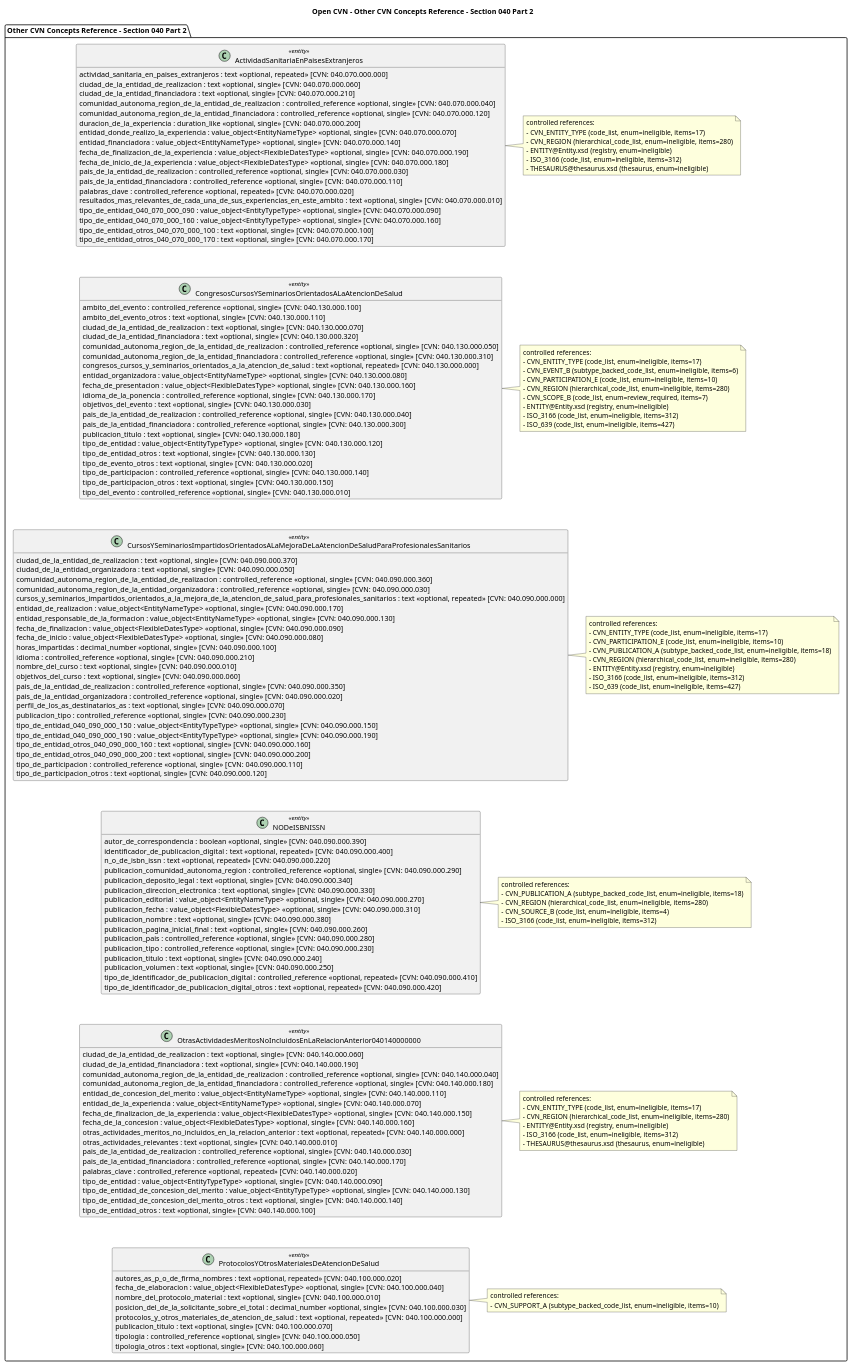
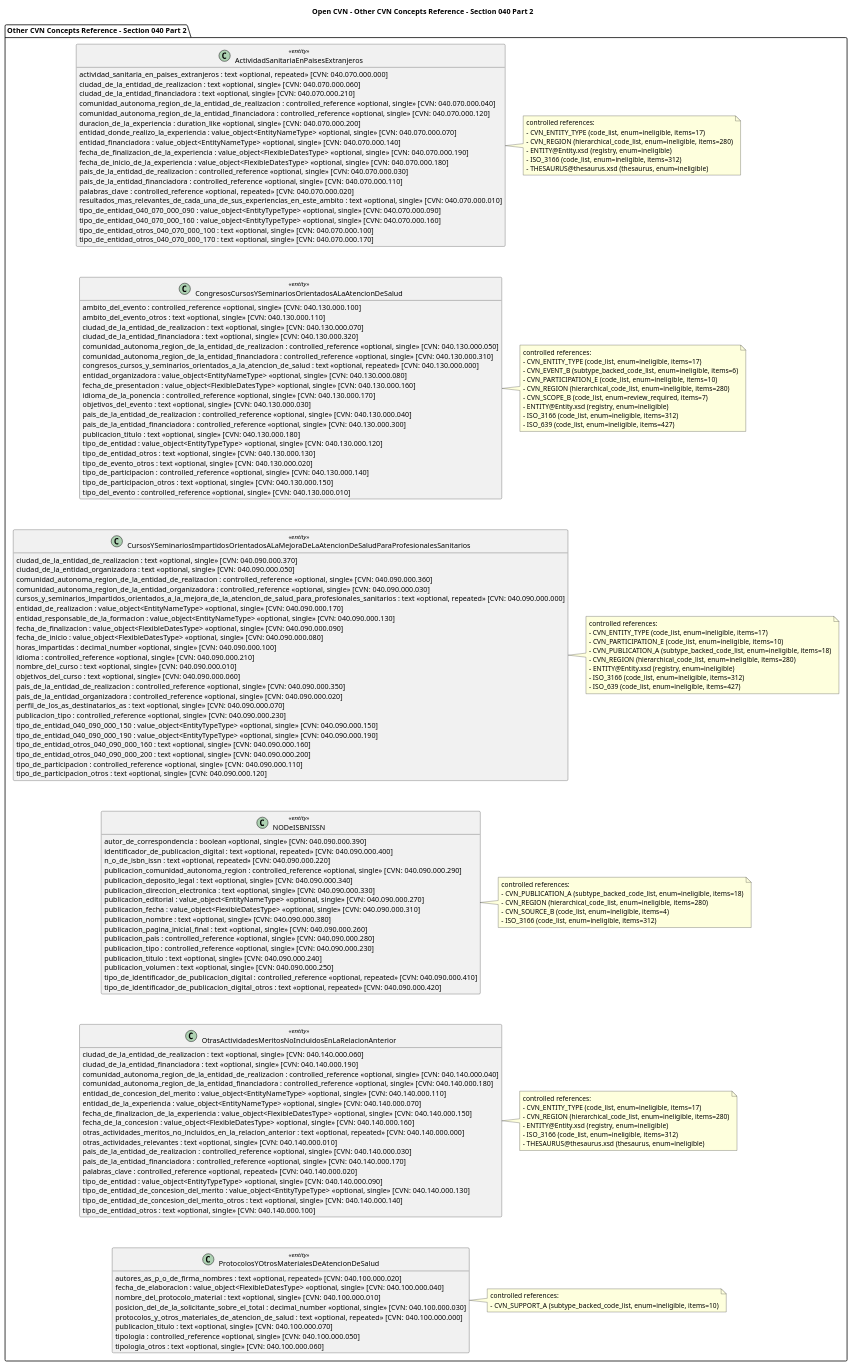
The diagram in docs/diagrams/open_cvn_other_040_part_02_reference.puml (holt00/TFG-open-cvn-schema), drawn with PlantUML before and after one commit. The commit also changed 48 other files, not shown here.

```diff
--- a/docs/diagrams/open_cvn_other_040_part_02_reference.puml
+++ b/docs/diagrams/open_cvn_other_040_part_02_reference.puml
@@ -132,7 +132,7 @@
 - ISO_3166 (code_list, enum=ineligible, items=312)
 end note
 
-class "OtrasActividadesMeritosNoIncluidosEnLaRelacionAnterior040140000000" as entity_other_otrasactividadesmeritosnoincluidosenlarelacionanterior040140000000_040_140_000_000 <<entity>> {
+class "OtrasActividadesMeritosNoIncluidosEnLaRelacionAnterior" as entity_other_otrasactividadesmeritosnoincluidosenlarelacionanterior040140000000_040_140_000_000 <<entity>> {
   ciudad_de_la_entidad_de_realizacion : text <<optional, single>> [CVN: 040.140.000.060]
   ciudad_de_la_entidad_financiadora : text <<optional, single>> [CVN: 040.140.000.190]
   comunidad_autonoma_region_de_la_entidad_de_realizacion : controlled_reference <<optional, single>> [CVN: 040.140.000.040]
```
